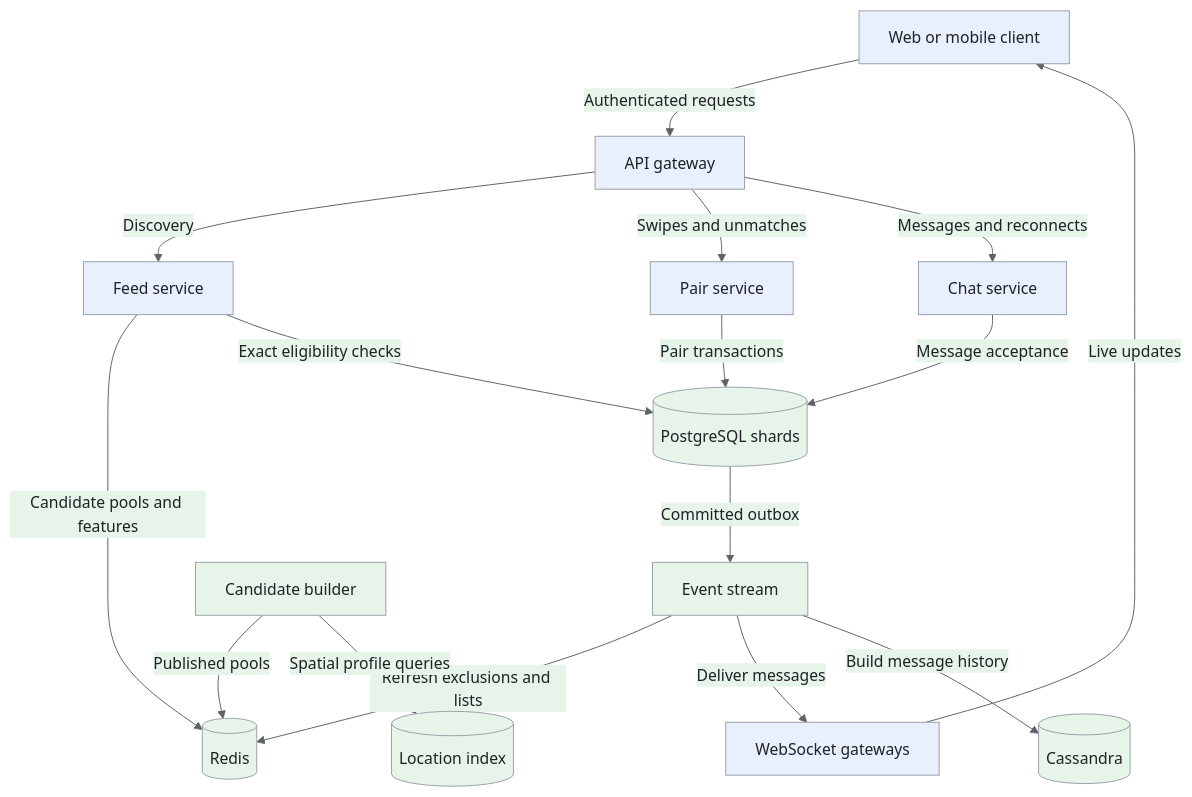
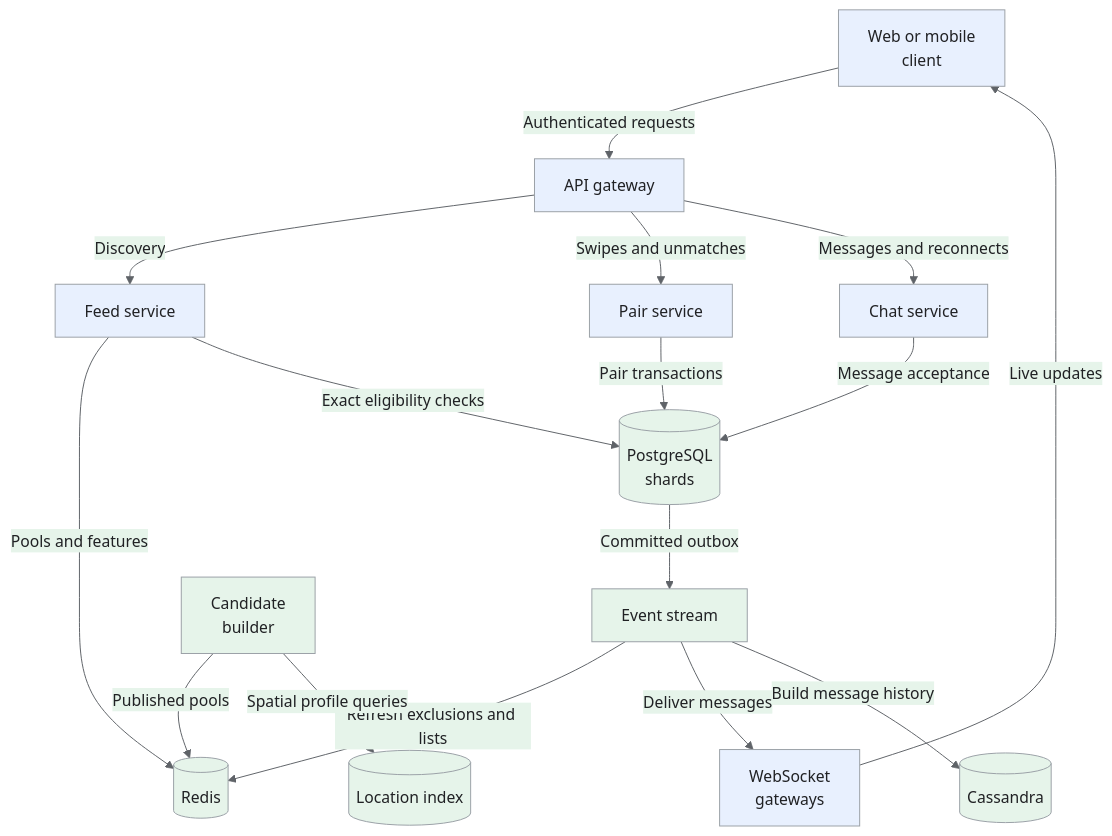
The first of 5 diagrams in _designs/system-design-tinder.md (iliazlobin/iliazlobin.github.io), drawn with Mermaid before and after one commit. The commit also changed other lines of this file and 116 other files, not shown here.

````diff
--- a/_designs/system-design-tinder.md
+++ b/_designs/system-design-tinder.md
@@ -164,25 +164,25 @@
 ```mermaid
-%%{init: {'theme':'base','themeVariables':{'primaryColor':'#e8f0fe','primaryTextColor':'#202124','primaryBorderColor':'#9aa0a6','lineColor':'#5f6368','secondaryColor':'#e6f4ea','tertiaryColor':'#fef7e0','actorBkg':'#e8f0fe','actorBorder':'#9aa0a6','actorTextColor':'#202124','noteBkgColor':'#fef7e0','noteTextColor':'#202124','noteBorderColor':'#9aa0a6','signalColor':'#5f6368','signalTextColor':'#202124','labelBoxBkgColor':'#fef7e0','labelBoxBorderColor':'#9aa0a6'}}}%%
+%%{init: {"theme":"base","themeVariables":{"primaryColor":"#e8f0fe","primaryBorderColor":"#9aa0a6","primaryTextColor":"#202124","secondaryColor":"#e6f4ea","tertiaryColor":"#fef7e0","lineColor":"#5f6368","actorBkg":"#e8f0fe","actorBorder":"#9aa0a6","actorTextColor":"#202124","noteBkgColor":"#fef7e0","noteBorderColor":"#9aa0a6","noteTextColor":"#202124","signalColor":"#5f6368","signalTextColor":"#202124"}}}%%
 flowchart TB
-  U[Web or mobile client] -->|Authenticated requests| G[API gateway]
+  U["Web or mobile<br>client"] -->|Authenticated requests| G[API gateway]
   G -->|Discovery| F[Feed service]
   G -->|Swipes and unmatches| S[Pair service]
   G -->|Messages and reconnects| C[Chat service]
-  F -->|Candidate pools and features| R[(Redis)]
-  F -->|Exact eligibility checks| P[(PostgreSQL shards)]
+  F -->|Pools and features| R[(Redis)]
+  F -->|Exact eligibility checks| P[("PostgreSQL<br>shards")]
   S -->|Pair transactions| P
   C -->|Message acceptance| P
   P -->|Committed outbox| K[Event stream]
   K -->|Refresh exclusions and lists| R
-  K -->|Deliver messages| W[WebSocket gateways]
+  K -->|Deliver messages| W["WebSocket<br>gateways"]
   W -->|Live updates| U
   K -->|Build message history| H[(Cassandra)]
-  B[Candidate builder] -->|Published pools| R
+  B["Candidate<br>builder"] -->|Published pools| R
   B -->|Spatial profile queries| L[(Location index)]
 classDef request fill:#e8f0fe,stroke:#9aa0a6,color:#202124;
 classDef data fill:#e6f4ea,stroke:#9aa0a6,color:#202124;
 classDef control fill:#fef7e0,stroke:#9aa0a6,color:#202124;
 class U,G,F,S,C,W request;
 class R,P,K,H,B,L data;
 
 ```
````
